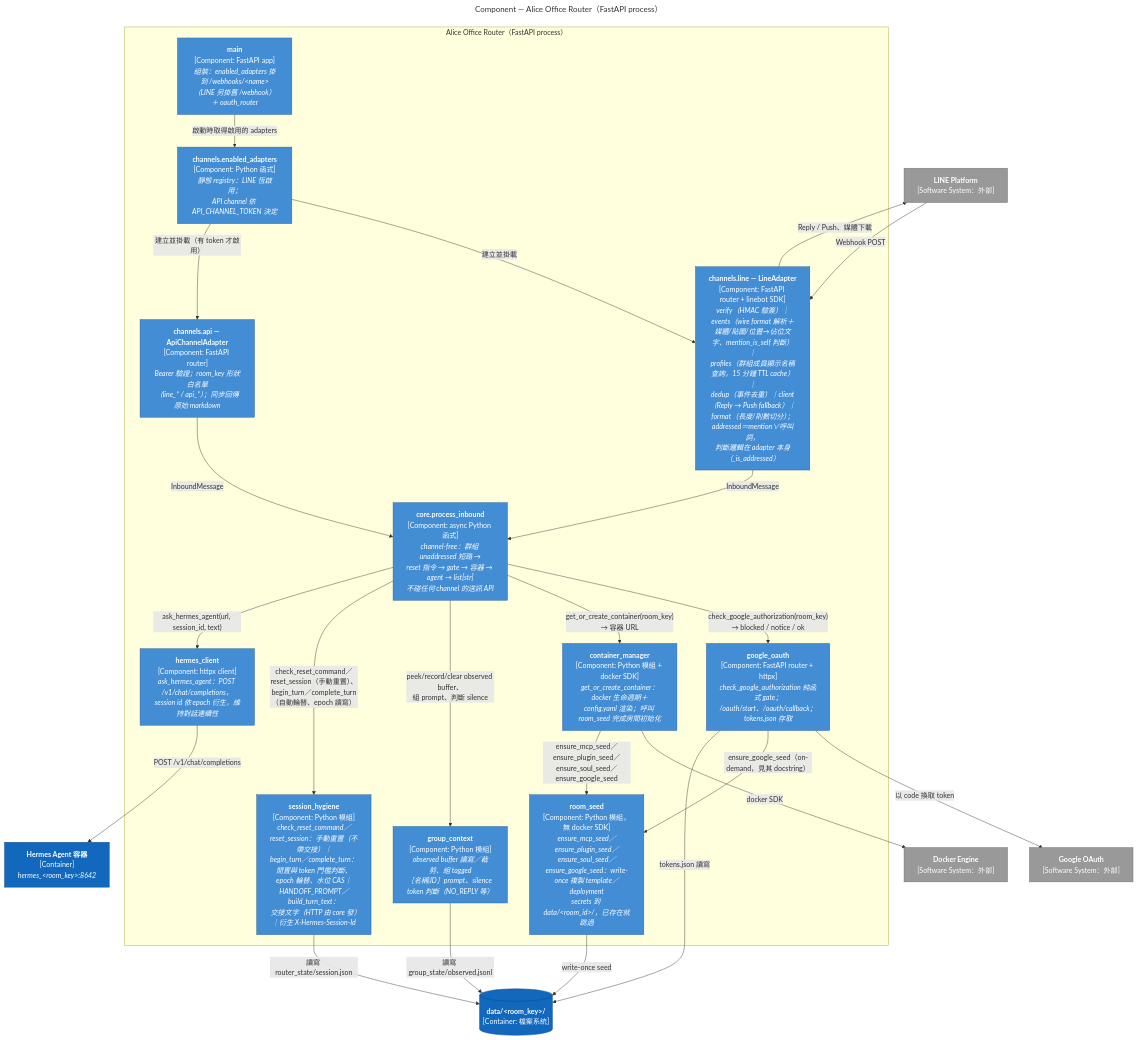
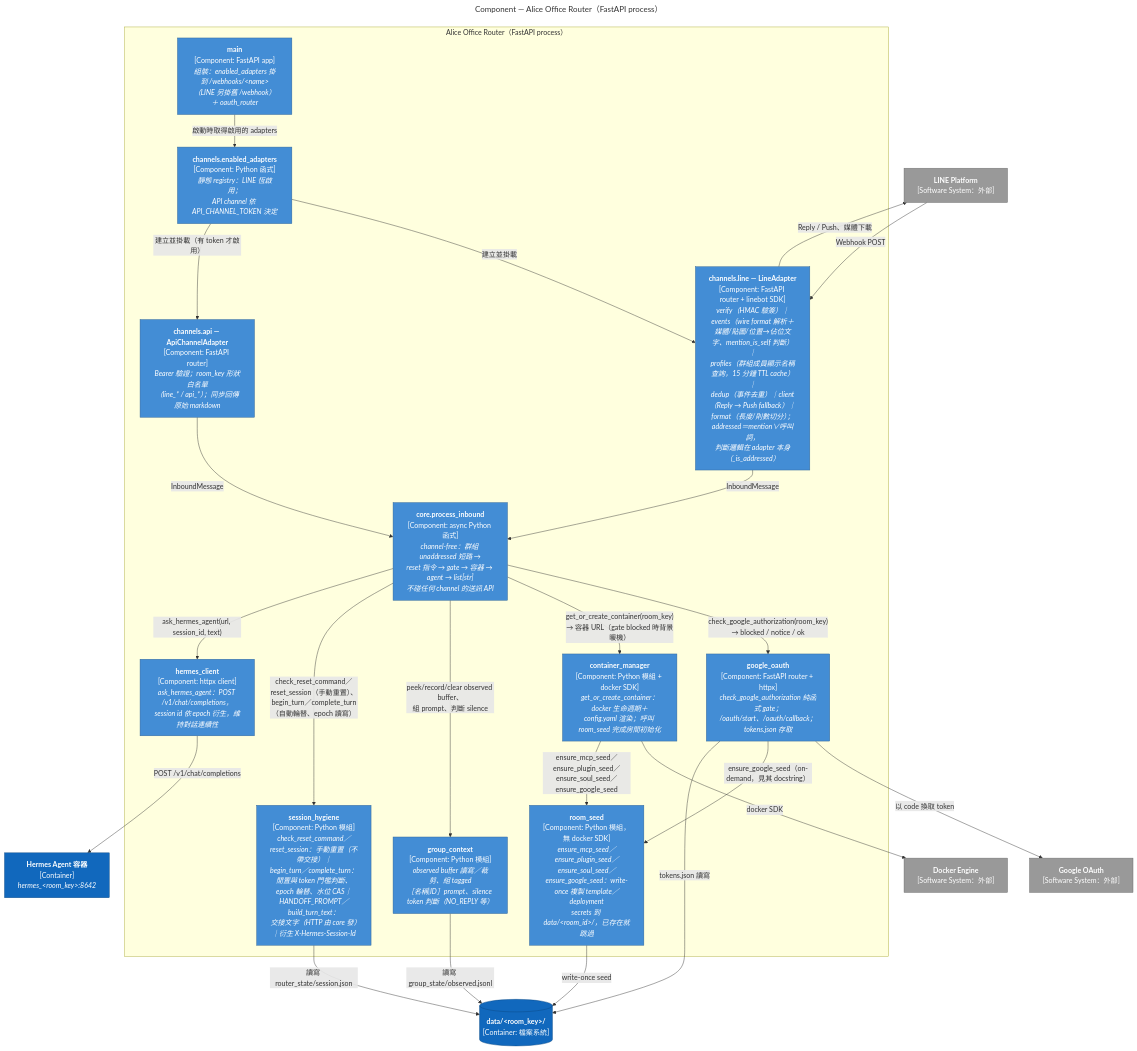
Before and after one commit to marychouchou/alice-office: the third of 4 diagrams in docs/architecture-c4.md, drawn with Mermaid. The commit also changed 11 other files, not shown here.

First line of the commit message:
feat(core): warm the room container when the Google gate blocks

````diff
--- a/docs/architecture-c4.md
+++ b/docs/architecture-c4.md
@@ -156,51 +156,51 @@
 ```mermaid
 ---
 title: "Component — Alice Office Router（FastAPI process）"
 ---
 flowchart TB
   classDef comp fill:#438dd5,color:#fff,stroke:#2e6295
   classDef ext fill:#999999,color:#fff,stroke:#6b6b6b
   classDef container fill:#1168bd,color:#fff,stroke:#0b4884
 
   line["<b>LINE Platform</b><br/>[Software System：外部]"]:::ext
   google["<b>Google OAuth</b><br/>[Software System：外部]"]:::ext
   docker["<b>Docker Engine</b><br/>[Software System：外部]"]:::ext
   hermes["<b>Hermes Agent 容器</b><br/>[Container]<br/><i>hermes_&lt;room_key&gt;:8642</i>"]:::container
   roomdata[("<b>data/&lt;room_key&gt;/</b><br/>[Container: 檔案系統]")]:::container
 
   subgraph router["Alice Office Router（FastAPI process）"]
     main["<b>main</b><br/>[Component: FastAPI app]<br/><i>組裝：enabled_adapters 掛到 /webhooks/&lt;name&gt;<br/>（LINE 另掛舊 /webhook）＋ oauth_router</i>"]:::comp
     registry["<b>channels.enabled_adapters</b><br/>[Component: Python 函式]<br/><i>靜態 registry：LINE 恆啟用；<br/>API channel 依 API_CHANNEL_TOKEN 決定</i>"]:::comp
     line_adapter["<b>channels.line — LineAdapter</b><br/>[Component: FastAPI router + linebot SDK]<br/><i>verify（HMAC 驗簽）｜events（wire format 解析＋<br/>媒體/貼圖/位置→佔位文字、mention_is_self 判斷）｜<br/>profiles（群組成員顯示名稱查詢，15 分鐘 TTL cache）｜<br/>dedup（事件去重）｜client（Reply → Push fallback）｜<br/>format（長度/則數切分）；addressed＝mention∨呼叫詞，<br/>判斷邏輯在 adapter 本身（_is_addressed）</i>"]:::comp
     api_adapter["<b>channels.api — ApiChannelAdapter</b><br/>[Component: FastAPI router]<br/><i>Bearer 驗證；room_key 形狀白名單<br/>（line_* / api_*）；同步回傳原始 markdown</i>"]:::comp
     core["<b>core.process_inbound</b><br/>[Component: async Python 函式]<br/><i>channel-free：群組 unaddressed 短路 →<br/>reset 指令 → gate → 容器 → agent → list[str]<br/>不碰任何 channel 的送訊 API</i>"]:::comp
     group_ctx["<b>group_context</b><br/>[Component: Python 模組]<br/><i>observed buffer 讀寫／裁剪、組 tagged<br/>［名稱|ID］prompt、silence token 判斷（NO_REPLY 等）</i>"]:::comp
     sess_hyg["<b>session_hygiene</b><br/>[Component: Python 模組]<br/><i>check_reset_command／reset_session：手動重置（不帶交接）｜<br/>begin_turn／complete_turn：閒置與 token 門檻判斷、<br/>epoch 輪替、水位 CAS｜HANDOFF_PROMPT／build_turn_text：<br/>交接文字（HTTP 由 core 發）｜衍生 X-Hermes-Session-Id</i>"]:::comp
     oauth["<b>google_oauth</b><br/>[Component: FastAPI router + httpx]<br/><i>check_google_authorization 純函式 gate；<br/>/oauth/start、/oauth/callback；tokens.json 存取</i>"]:::comp
     cm["<b>container_manager</b><br/>[Component: Python 模組 + docker SDK]<br/><i>get_or_create_container：docker 生命週期＋<br/>config.yaml 渲染；呼叫 room_seed 完成房間初始化</i>"]:::comp
     room_seed["<b>room_seed</b><br/>[Component: Python 模組，無 docker SDK]<br/><i>ensure_mcp_seed／ensure_plugin_seed／ensure_soul_seed／<br/>ensure_google_seed：write-once 複製 template／deployment<br/>secrets 到 data/&lt;room_id&gt;/，已存在就跳過</i>"]:::comp
     hc["<b>hermes_client</b><br/>[Component: httpx client]<br/><i>ask_hermes_agent：POST /v1/chat/completions，<br/>session id 依 epoch 衍生，維持對話連續性</i>"]:::comp
   end
 
   main -- "啟動時取得啟用的 adapters" --> registry
   registry -- "建立並掛載" --> line_adapter
   registry -- "建立並掛載（有 token 才啟用）" --> api_adapter
   line -- "Webhook POST" --> line_adapter
   line_adapter -- "Reply / Push、媒體下載" --> line
   line_adapter -- "InboundMessage" --> core
   api_adapter -- "InboundMessage" --> core
   core -- "check_google_authorization(room_key)<br/>→ blocked / notice / ok" --> oauth
-  core -- "get_or_create_container(room_key)<br/>→ 容器 URL" --> cm
+  core -- "get_or_create_container(room_key)<br/>→ 容器 URL（gate blocked 時背景暖機）" --> cm
   core -- "peek/record/clear observed buffer、<br/>組 prompt、判斷 silence" --> group_ctx
   core -- "check_reset_command／reset_session（手動重置）、<br/>begin_turn／complete_turn（自動輪替、epoch 讀寫）" --> sess_hyg
   core -- "ask_hermes_agent(url, session_id, text)" --> hc
   cm -- "docker SDK" --> docker
   cm -- "ensure_mcp_seed／ensure_plugin_seed／<br/>ensure_soul_seed／ensure_google_seed" --> room_seed
   room_seed -- "write-once seed" --> roomdata
   group_ctx -- "讀寫 group_state/observed.jsonl" --> roomdata
   sess_hyg -- "讀寫 router_state/session.json" --> roomdata
   oauth -- "以 code 換取 token" --> google
   oauth -- "ensure_google_seed（on-demand，見其 docstring）" --> room_seed
   oauth -- "tokens.json 讀寫" --> roomdata
   hc -- "POST /v1/chat/completions" --> hermes
 ```
````
